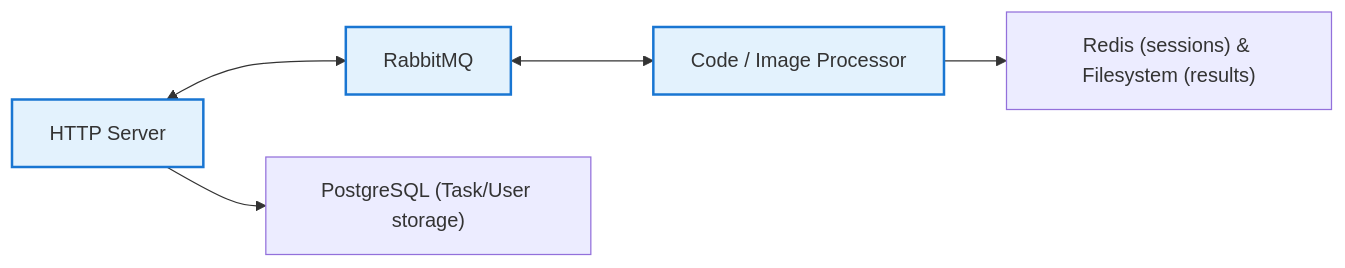
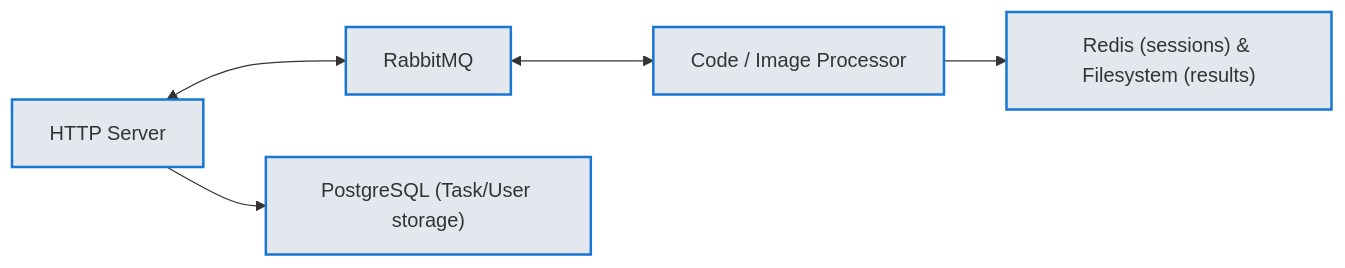
The first of 3 diagrams in README.md (ffoky/Code-processor), drawn with Mermaid before and after one commit.

````diff
--- a/README.md
+++ b/README.md
@@ -28,19 +28,21 @@
 ```mermaid
-flowchart LR
+flowchart LR 
   %% Core components
   HTTPServer["HTTP Server"] 
   RabbitMQ["RabbitMQ"] 
   Processor["Code / Image Processor"]
+  PostgreSQL["PostgreSQL (Task/User storage)"]
+  Storage["Redis (sessions) & Filesystem (results)"]
 
   %% Horizontal connections
   HTTPServer <--> RabbitMQ
   RabbitMQ <--> Processor
 
   %% Vertical dependencies
-  HTTPServer --> PostgreSQL["PostgreSQL (Task/User storage)"]
-  Processor --> Storage["Redis (sessions) & Filesystem (results)"]
+  HTTPServer --> PostgreSQL
+  Processor --> Storage
 
   %% Styling
-  classDef core fill:#e3f2fd,stroke:#1976d2,stroke-width:2px;
-  class HTTPServer,RabbitMQ,Processor core;
+  classDef core fill:#e3e8ef,stroke:#1976d2,stroke-width:2px;
+  class HTTPServer,RabbitMQ,Processor,PostgreSQL,Storage core;
 ```
````
